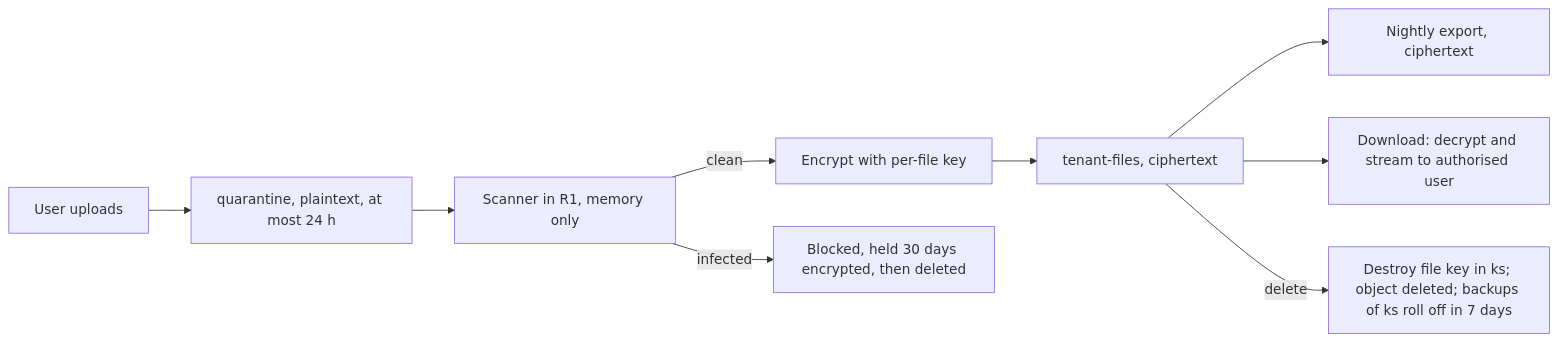
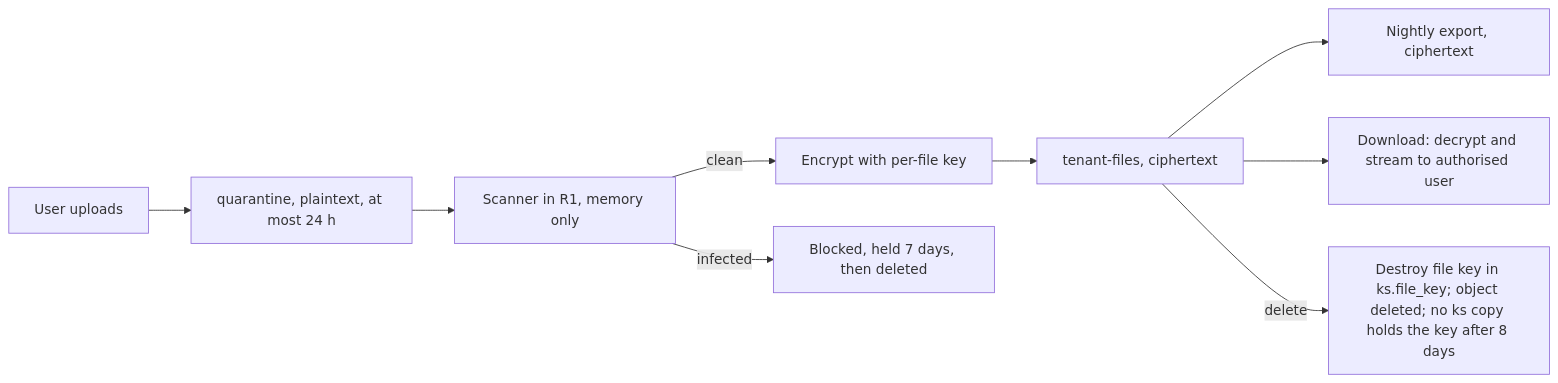
The second of 3 diagrams in docs/architecture/backend-v2/phase2/2G-privacy.md (ShahidCS/Selvara), drawn with Mermaid before and after one commit. The commit also changed other lines of this file and 4 other files, not shown here.

````diff
--- a/docs/architecture/backend-v2/phase2/2G-privacy.md
+++ b/docs/architecture/backend-v2/phase2/2G-privacy.md
@@ -102,11 +102,11 @@
 ```mermaid
 flowchart LR
   A[User uploads] --> Q[quarantine, plaintext, at most 24 h]
   Q --> S[Scanner in R1, memory only]
   S -->|clean| E[Encrypt with per-file key]
   E --> T[tenant-files, ciphertext]
   T --> X[Nightly export, ciphertext]
   T --> D[Download: decrypt and stream to authorised user]
-  S -->|infected| H[Blocked, held 30 days encrypted, then deleted]
-  T -->|delete| K[Destroy file key in ks; object deleted; backups of ks roll off in 7 days]
+  S -->|infected| H[Blocked, held 7 days, then deleted]
+  T -->|delete| K[Destroy file key in ks.file_key; object deleted; no ks copy holds the key after 8 days]
 ```
````
